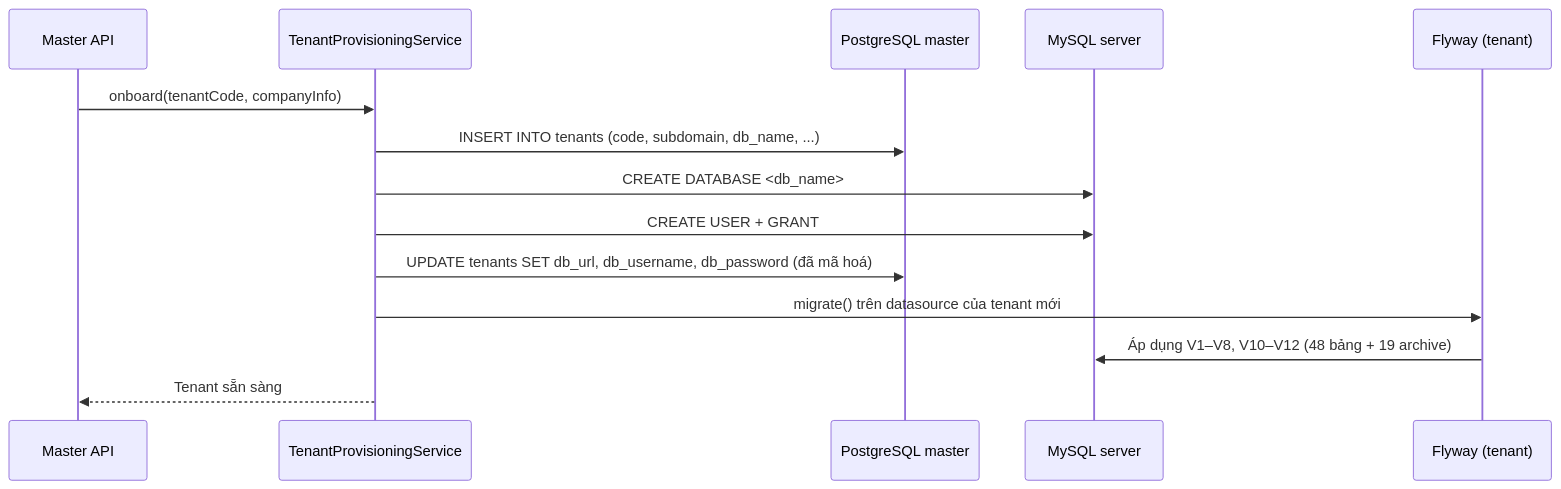
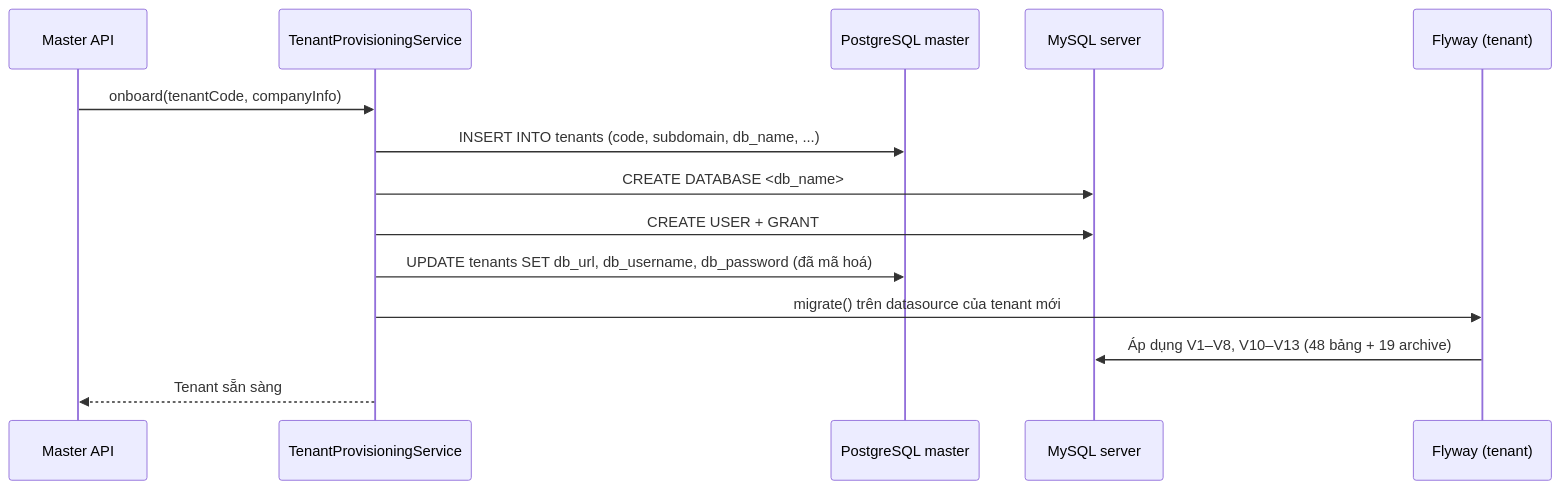
One commit to hieupnh12/SmartHire-AI changed diagram 12 of 12 in docs/database/README.md. Above: the diagram before and after it, drawn with Mermaid. The commit also changed other lines of this file and 30 other files, not shown here.

````diff
--- a/docs/database/README.md
+++ b/docs/database/README.md
@@ -1011,17 +1015,17 @@
 ```mermaid
 sequenceDiagram
     participant API as Master API
     participant PRV as TenantProvisioningService
     participant PG as PostgreSQL master
     participant MY as MySQL server
     participant FW as Flyway (tenant)
 
     API->>PRV: onboard(tenantCode, companyInfo)
     PRV->>PG: INSERT INTO tenants (code, subdomain, db_name, ...)
     PRV->>MY: CREATE DATABASE <db_name>
     PRV->>MY: CREATE USER + GRANT
     PRV->>PG: UPDATE tenants SET db_url, db_username, db_password (đã mã hoá)
     PRV->>FW: migrate() trên datasource của tenant mới
-    FW->>MY: Áp dụng V1–V8, V10–V12 (48 bảng + 19 archive)
+    FW->>MY: Áp dụng V1–V8, V10–V13 (48 bảng + 19 archive)
     PRV-->>API: Tenant sẵn sàng
 ```
````
